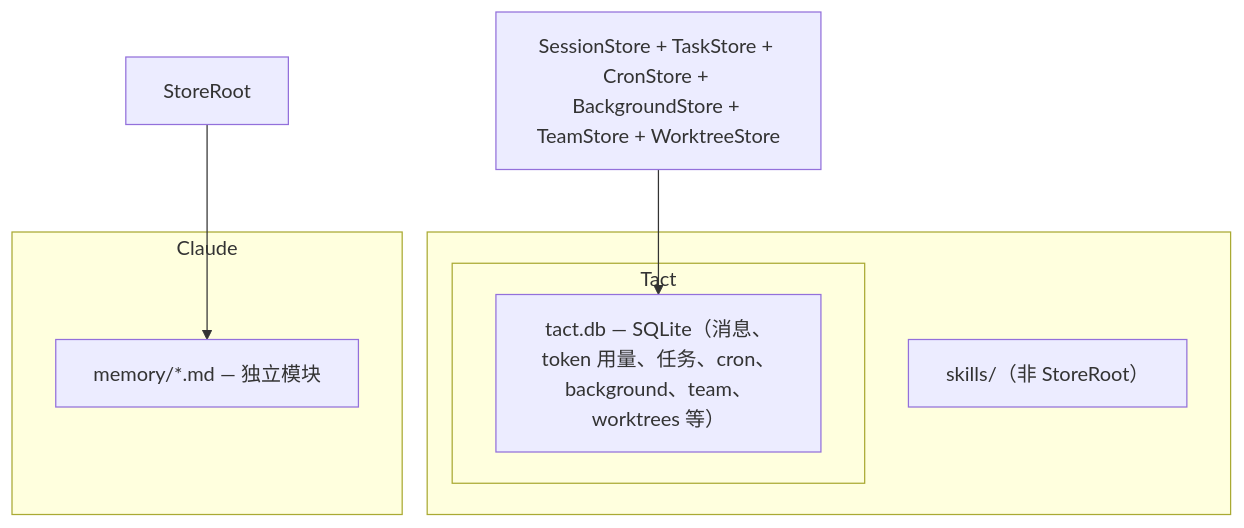
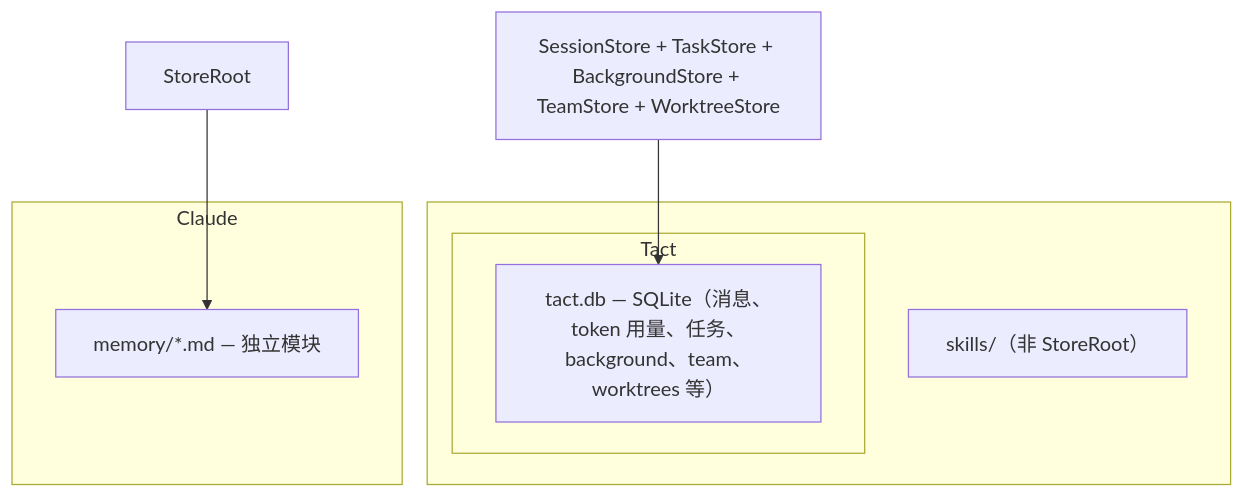
The first of 2 diagrams in book/01_chapter_store_zh.md (rust-infra/tact), drawn with Mermaid before and after one commit. The commit also changed other lines of this file and 47 other files, not shown here.

First line of the commit message:
feat: background full-output log file; remove cron scheduling (#68)

````diff
--- a/book/01_chapter_store_zh.md
+++ b/book/01_chapter_store_zh.md
@@ -20,20 +20,20 @@
 ```mermaid
 graph TB
     subgraph Workdir["<workdir>"]
         Tact[".tact/"]
         Tact[".tact/"]
         Skills["skills/（非 StoreRoot）"]
     end
 
     subgraph Tact
-        DB["tact.db — SQLite（消息、token 用量、任务、cron、background、team、worktrees 等）"]
+        DB["tact.db — SQLite（消息、token 用量、任务、background、team、worktrees 等）"]
     end
 
     subgraph Claude
         Mem["memory/*.md — 独立模块"]
     end
 
     SR[StoreRoot] --> Mem
 
-    SS[SessionStore + TaskStore + CronStore + BackgroundStore + TeamStore + WorktreeStore] --> DB
+    SS[SessionStore + TaskStore + BackgroundStore + TeamStore + WorktreeStore] --> DB
 ```
````
